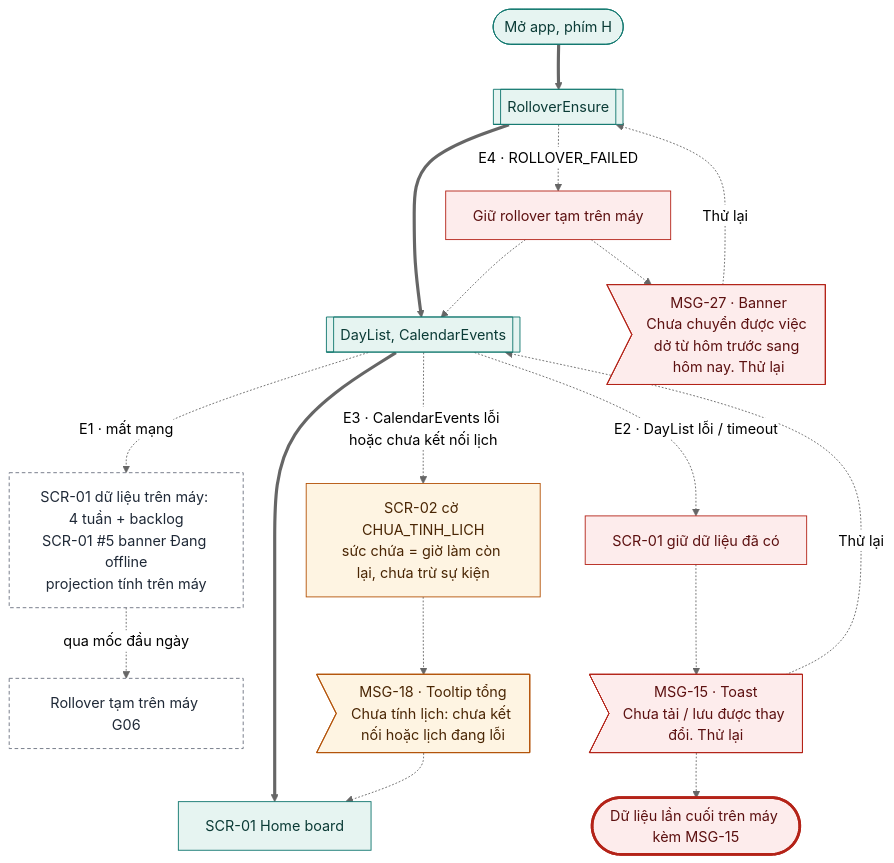
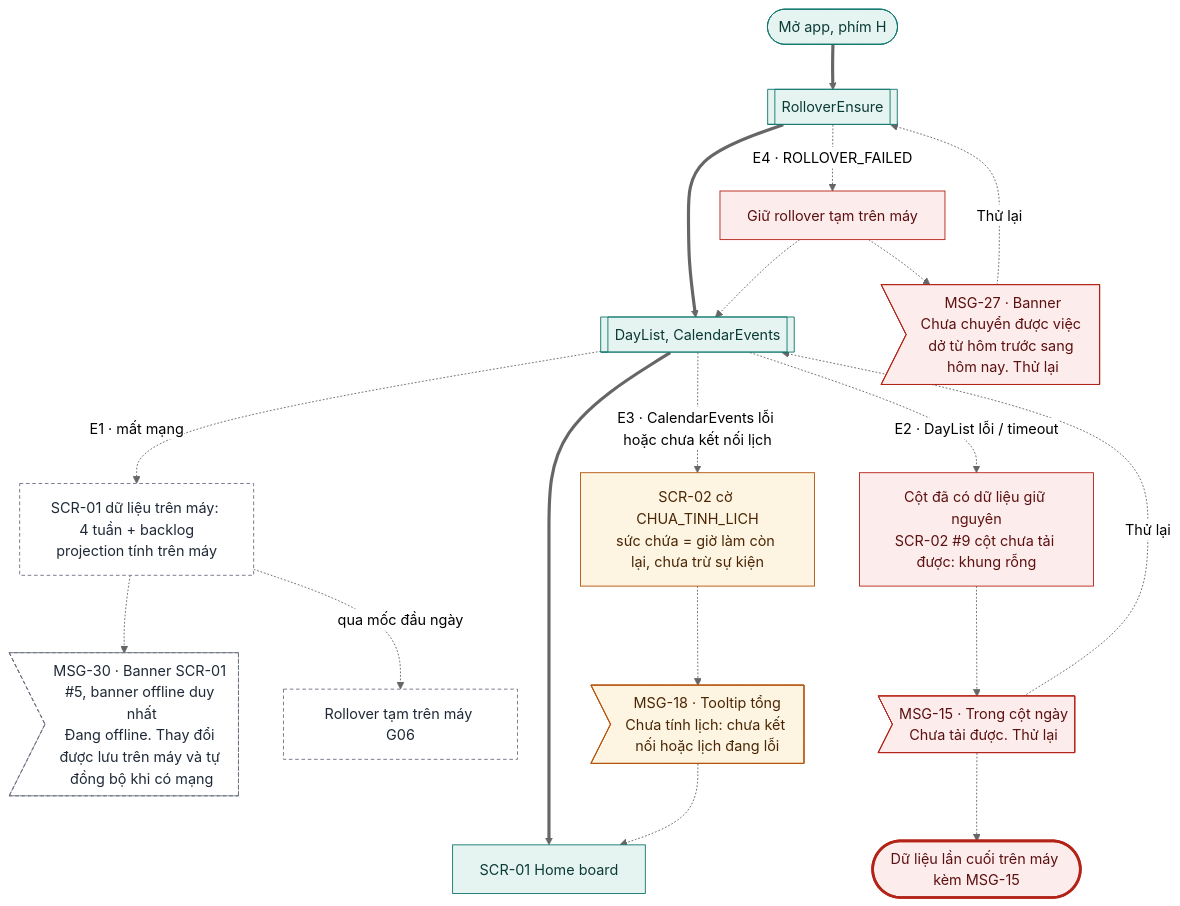
Before and after one commit to tannguyenho/personal-app: the third of 20 diagrams in docs/design-brief/flow/g04-board-ngay.md, drawn with Mermaid (neutral theme). The commit also changed other lines of this file and 6 other files, not shown here.

First line of the commit message:
docs(G02, G04): áp quyết định PO 09/11 vào SRS, PRD, flow; IA trỏ mã mới

````diff
--- a/docs/design-brief/flow/g04-board-ngay.md
+++ b/docs/design-brief/flow/g04-board-ngay.md
@@ -108,37 +109,38 @@
 ```mermaid
 flowchart TD
   start(["Mở app, phím H"])
   p2[["RolloverEnsure"]]
   p3[["DayList, CalendarEvents"]]
   s1["SCR-01 Home board"]
   start ==> p2 ==> p3 ==> s1
 
-  p3 -.->|"E1 · mất mạng"| e1["SCR-01 dữ liệu trên máy: 4 tuần + backlog<br/>SCR-01 #5 banner Đang offline<br/>projection tính trên máy"]
+  p3 -.->|"E1 · mất mạng"| e1["SCR-01 dữ liệu trên máy: 4 tuần + backlog<br/>projection tính trên máy"]
+  e1 -.-> e1m>"MSG-30 · Banner SCR-01 #5, banner offline duy nhất<br/>Đang offline. Thay đổi được lưu trên máy và tự đồng bộ khi có mạng"]
   e1 -.->|"qua mốc đầu ngày"| e1b["Rollover tạm trên máy G06"]
-  p3 -.->|"E2 · DayList lỗi / timeout"| e2["SCR-01 giữ dữ liệu đã có"]
-  e2 -.-> e2m>"MSG-15 · Toast<br/>Chưa tải / lưu được thay đổi. Thử lại"]
+  p3 -.->|"E2 · DayList lỗi / timeout"| e2["Cột đã có dữ liệu giữ nguyên<br/>SCR-02 #9 cột chưa tải được: khung rỗng"]
+  e2 -.-> e2m>"MSG-15 · Trong cột ngày<br/>Chưa tải được. Thử lại"]
   e2m -.->|"Thử lại"| p3
   e2m -.-> fail(["Dữ liệu lần cuối trên máy kèm MSG-15"])
   p3 -.->|"E3 · CalendarEvents lỗi hoặc chưa kết nối lịch"| e3["SCR-02 cờ CHUA_TINH_LICH<br/>sức chứa = giờ làm còn lại, chưa trừ sự kiện"]
   e3 -.-> e3m>"MSG-18 · Tooltip tổng<br/>Chưa tính lịch: chưa kết nối hoặc lịch đang lỗi"]
   e3m -.-> s1
   p2 -.->|"E4 · ROLLOVER_FAILED"| e4["Giữ rollover tạm trên máy"]
   e4 -.-> e4m>"MSG-27 · Banner<br/>Chưa chuyển được việc dở từ hôm trước sang hôm nay. Thử lại"]
   e4m -.->|"Thử lại"| p2
   e4 -.-> p3
 
   class start,p2,p3,s1 happy
-  class e1,e1b sync
+  class e1,e1b,e1m sync
   class e2,e2m,e4,e4m err
   class e3,e3m warn
   class fail fail
   classDef happy fill:#E6F4F1,stroke:#0F766E,color:#0B3B36
   classDef alt fill:#F1F3F5,stroke:#6B7280,color:#1F2937
   classDef err fill:#FDECEC,stroke:#B42318,color:#5C1010
   classDef warn fill:#FEF4E2,stroke:#B45309,color:#4A2604
   classDef ai fill:#F1ECFD,stroke:#6D28D9,color:#2E1065
   classDef sync fill:#FFFFFF,stroke:#6B7280,stroke-dasharray:4 3,color:#1F2937
   classDef link fill:#FFFFFF,stroke:#0F766E,stroke-dasharray:4 3,color:#0B3B36
   classDef done fill:#E6F4F1,stroke:#0F766E,stroke-width:3px,color:#0B3B36
   classDef fail fill:#FDECEC,stroke:#B42318,stroke-width:3px,color:#5C1010
 ```
````
